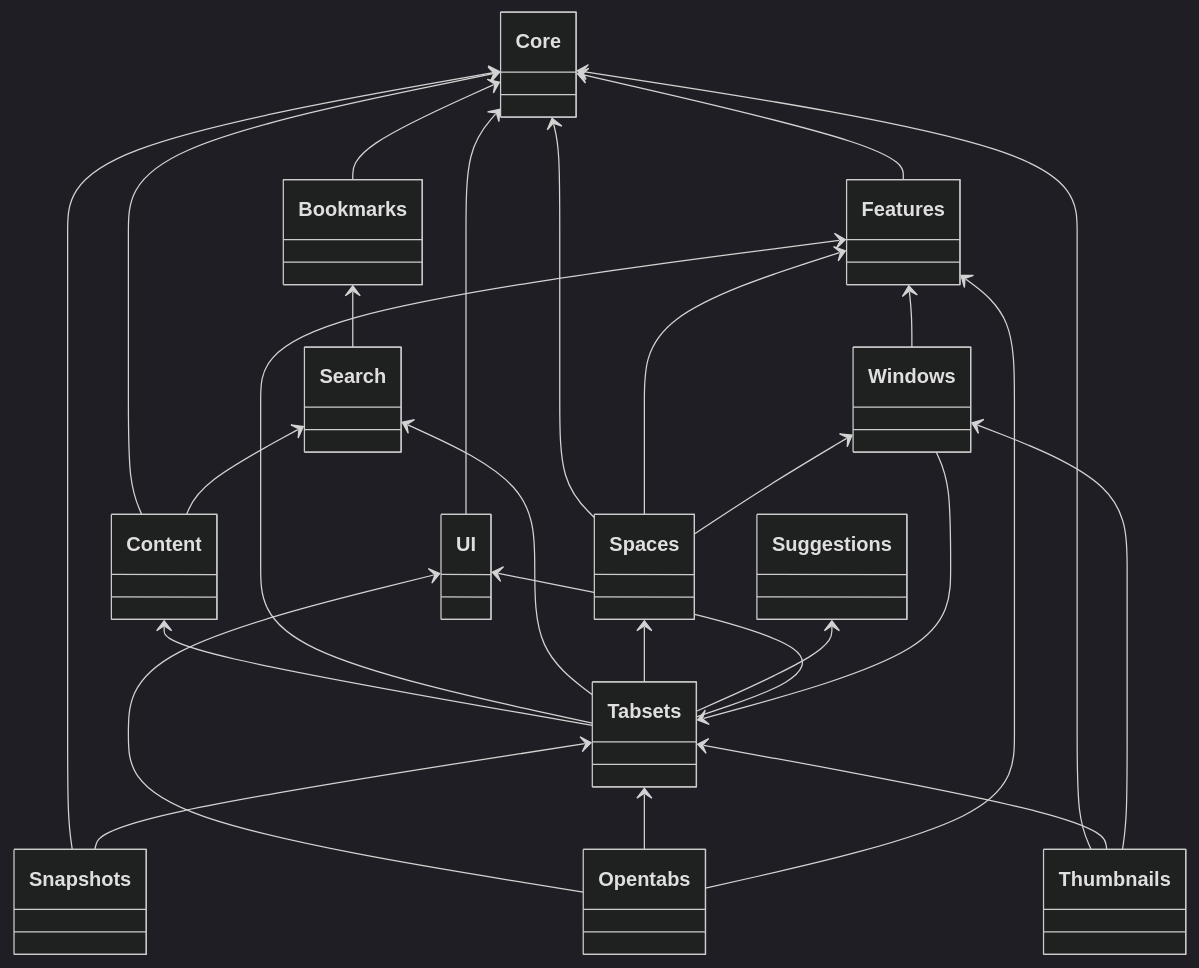
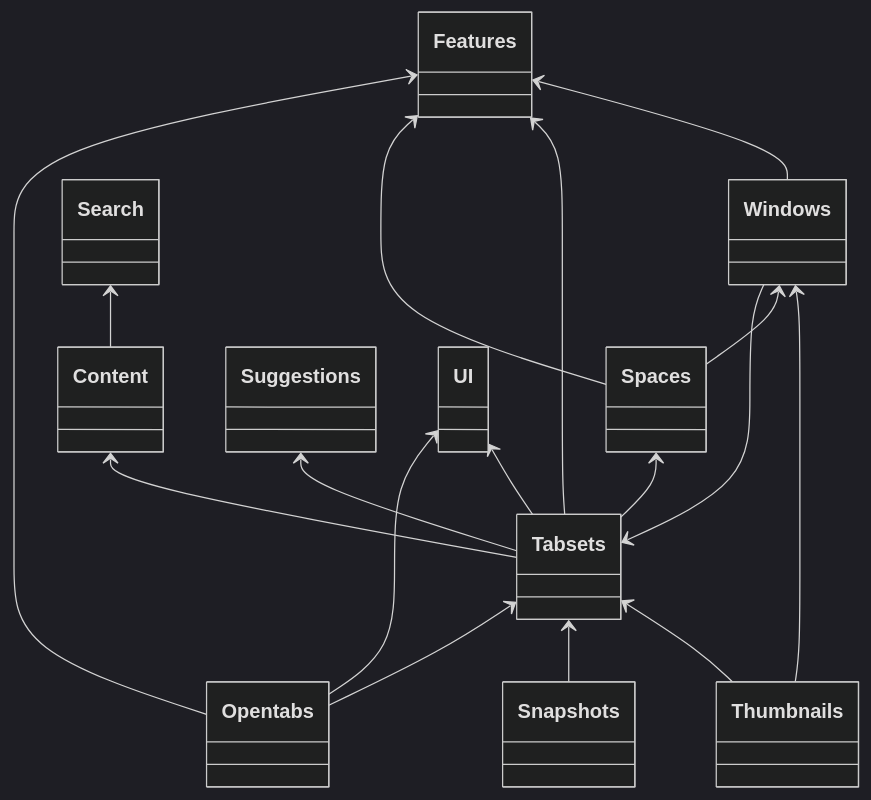
One commit to evandor/tabsets changed the diagram in docs/submodules/index.md. Above: the diagram before and after it, drawn with Mermaid (dark theme). The commit also changed other lines of this file and 6 other files, not shown here.

Commit message:
making tabsets not depend on search

````diff
--- a/docs/submodules/index.md
+++ b/docs/submodules/index.md
@@ -13,37 +14,32 @@
 ```mermaid
 classDiagram
-  Core <-- Features
+%%  Core <-- Features
+
   Features <-- Windows
   Tabsets <-- Windows
 
-  Core <-- Thumbnails
   Tabsets <-- Thumbnails
   Windows <-- Thumbnails
 
   Content <-- Tabsets
   Features <-- Tabsets
-  Search <-- Tabsets
+%%  Search <-- Tabsets
   Spaces <-- Tabsets
   Suggestions <-- Tabsets
   UI <-- Tabsets
 
-  Core <-- Spaces
   Features <-- Spaces
   Windows <-- Spaces
 
-  Core <-- Bookmarks
-  Bookmarks <-- Search
+%%  Bookmarks <-- Search
 
-  Core <-- Content
   Search <-- Content
 
-  Core <-- Snapshots
   Tabsets <-- Snapshots
 
   UI <-- Opentabs
   Tabsets <-- Opentabs
   Features <-- Opentabs
 
-  Core <-- UI
 
 ```
````
